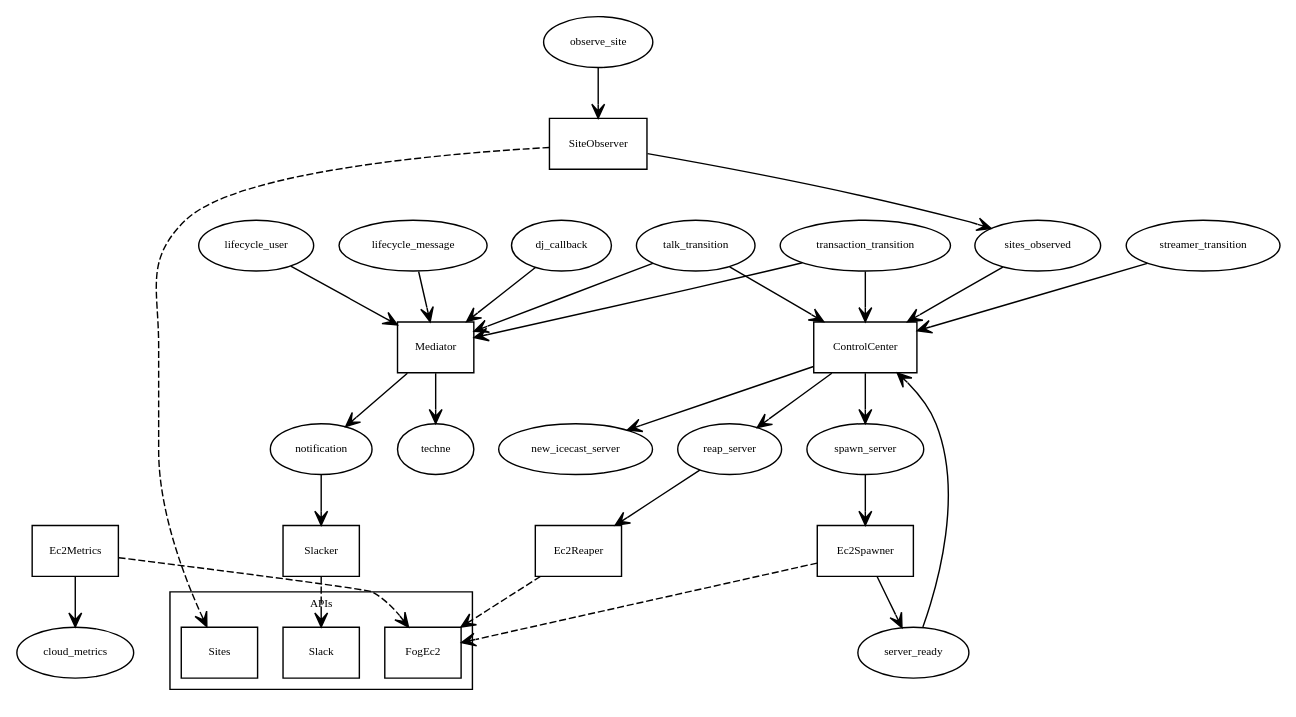
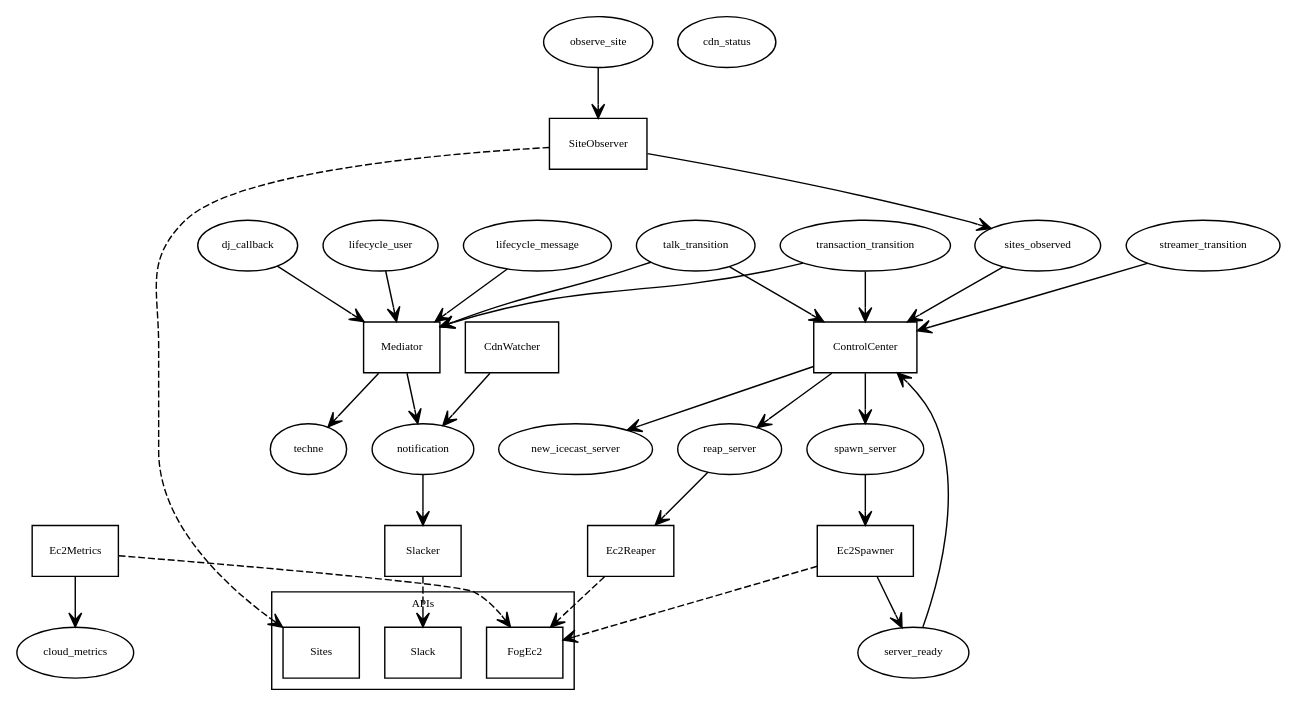
Before and after one commit to voicerepublic/voicerepublic_dev: the diagram in doc/microservices.dot, drawn with Graphviz. The commit also changed 3 other files, not shown here.

First line of the commit message:
Implement cdn watcher and add mediator entry

```diff
--- a/doc/microservices.dot
+++ b/doc/microservices.dot
@@ -1,154 +1,160 @@
 // ---------------------------------------- dot template
 digraph G {
   // basic settings
   fontname = "Bitstream Vera Sans"
   fontsize = 8
   edge [
     fontname = "Bitstream Vera Sans"
     fontsize = 8
   ]
   node [
     fontname = "Bitstream Vera Sans"
     fontsize = 8
   ]
 
   // services
   node [
     shape = "rectangle"
   ]
   
   Ec2Metrics
+
+  CdnWatcher
     
   SiteObserver
     
   ControlCenter
     
   Ec2Reaper
     
   Slacker
     
   Mediator
     
   Ec2Spawner
     
 
   // exchanges
   node [
     shape = "oval"
   ]
-  
+
+  cdn_status
+
   cloud_metrics
-  
+
   observe_site
   
   sites_observed
   
   streamer_transition
   
   server_ready
   
   talk_transition
   
   transaction_transition
   
   spawn_server
   
   new_icecast_server
   
   reap_server
   
   notification
   
   dj_callback
   
   lifecycle_user
   
   lifecycle_message
   
   techne
   
 
   // apis
   subgraph cluster_0 {
 			label="APIs";
       node [
         shape = "rectangle"
       ]
       
       FogEc2
       
       Sites
       
       Slack
       
   }
 
   // amqp
   edge [
     arrowtail = "none"
     arrowhead = "open"
   ]
   
   Ec2Metrics -> cloud_metrics
+
+  CdnWatcher -> notification 
   
   observe_site -> SiteObserver
   
   SiteObserver -> sites_observed
   
   streamer_transition -> ControlCenter
   
   sites_observed -> ControlCenter
   
   server_ready -> ControlCenter
   
   talk_transition -> ControlCenter
   
   transaction_transition -> ControlCenter
   
   ControlCenter -> spawn_server
   
   ControlCenter -> new_icecast_server
   
   ControlCenter -> reap_server
   
   reap_server -> Ec2Reaper
   
   notification -> Slacker
   
   dj_callback -> Mediator
   
   talk_transition -> Mediator
   
   lifecycle_user -> Mediator
   
   lifecycle_message -> Mediator
   
   transaction_transition -> Mediator
   
   Mediator -> notification
   
   Mediator -> techne
   
   spawn_server -> Ec2Spawner
   
   Ec2Spawner -> server_ready
   
 
   // http
   edge [
     arrowtail = "none"
     arrowhead = "open"
     style     = "dashed"
   ]
   
   Ec2Metrics -> FogEc2
   
   SiteObserver -> Sites
   
   Ec2Reaper -> FogEc2
   
   Slacker -> Slack
   
   Ec2Spawner -> FogEc2
   
 }
```
